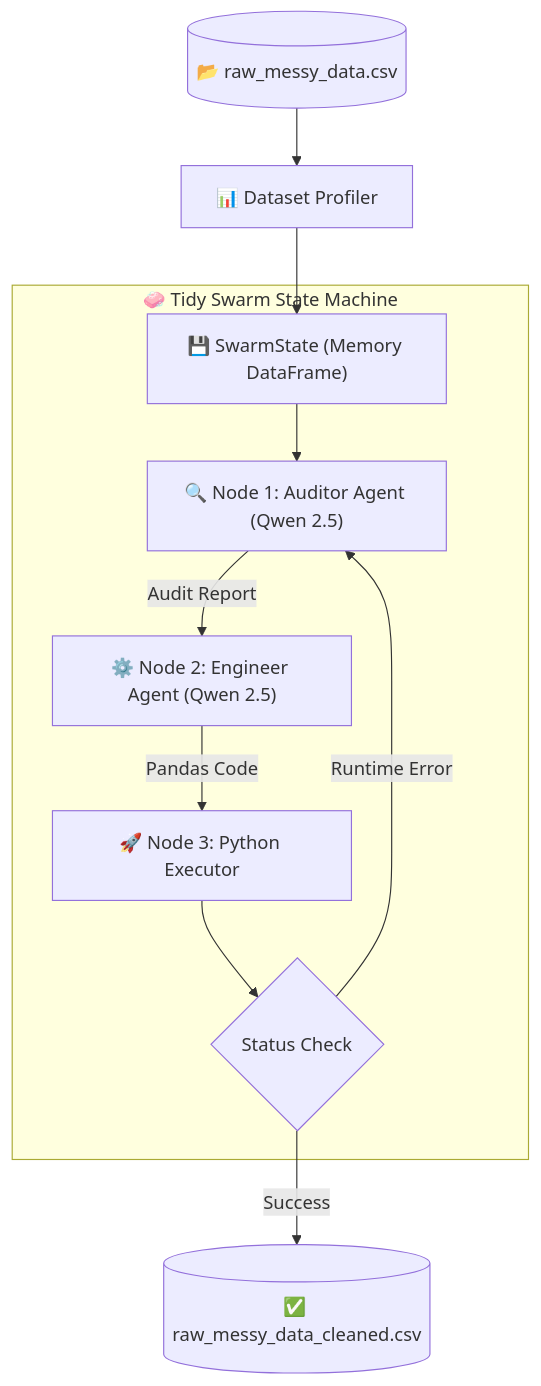
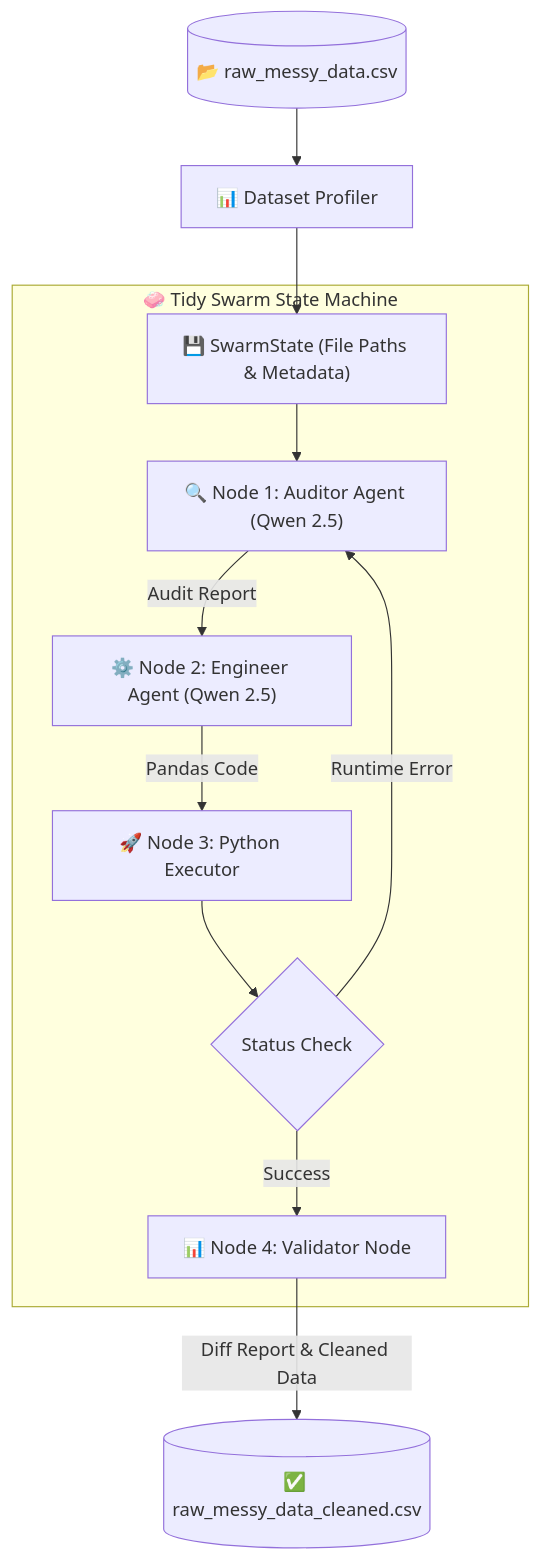
The diagram in README.md (varun872/tidyswarm), drawn with Mermaid before and after one commit. The commit also changed 10 other files, not shown here.

Commit message:
feat: add pre/post validation metrics node and convert graph state to file paths

````diff
--- a/README.md
+++ b/README.md
@@ -11,15 +11,16 @@
 ```mermaid
 graph TD
     CSV[("📂 raw_messy_data.csv")] --> Profiler["📊 Dataset Profiler"]
-    Profiler --> State["💾 SwarmState (Memory DataFrame)"]
+    Profiler --> State["💾 SwarmState (File Paths & Metadata)"]
 
     subgraph Swarm ["🧼 Tidy Swarm State Machine"]
         State --> Node1["🔍 Node 1: Auditor Agent (Qwen 2.5)"]
         Node1 -->|"Audit Report"| Node2["⚙️ Node 2: Engineer Agent (Qwen 2.5)"]
         Node2 -->|"Pandas Code"| Node3["🚀 Node 3: Python Executor"]
         Node3 --> Router{"Status Check"}
+        Router -->|"Success"| Node4["📊 Node 4: Validator Node"]
     end
 
-    Router -->|"Success"| Output[("✅ raw_messy_data_cleaned.csv")]
     Router -->|"Runtime Error"| Node1
+    Node4 -->|"Diff Report & Cleaned Data"| Output[("✅ raw_messy_data_cleaned.csv")]
 ```
````
